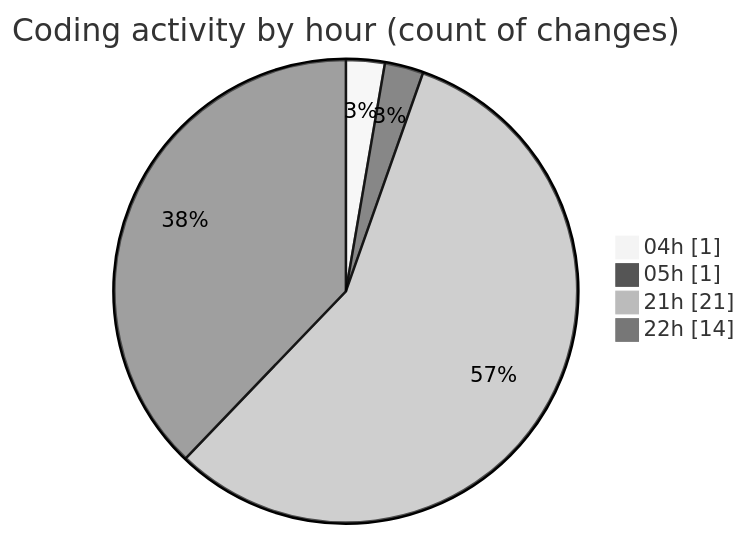
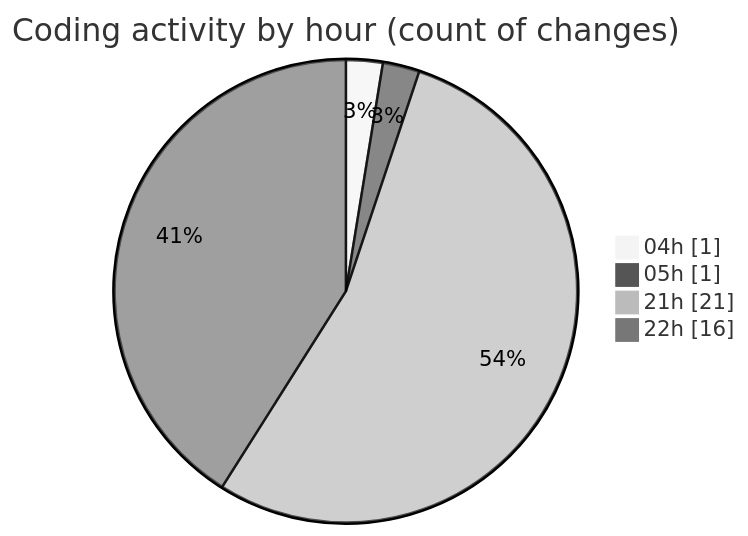
Before and after one commit to idhammustaqopulfikri/code-tracking: the second of 2 diagrams in 2025-03-26/autodidak/README.md, drawn with Mermaid (neutral theme). The commit also changed other lines of this file and 1 other file, not shown here.

````diff
--- a/2025-03-26/autodidak/README.md
+++ b/2025-03-26/autodidak/README.md
@@ -42,8 +43,8 @@
 ```mermaid
 pie showData
 title Coding activity by hour (count of changes)
 "04h" : 1
 "05h" : 1
 "21h" : 21
-"22h" : 14
+"22h" : 16
 ```
````
